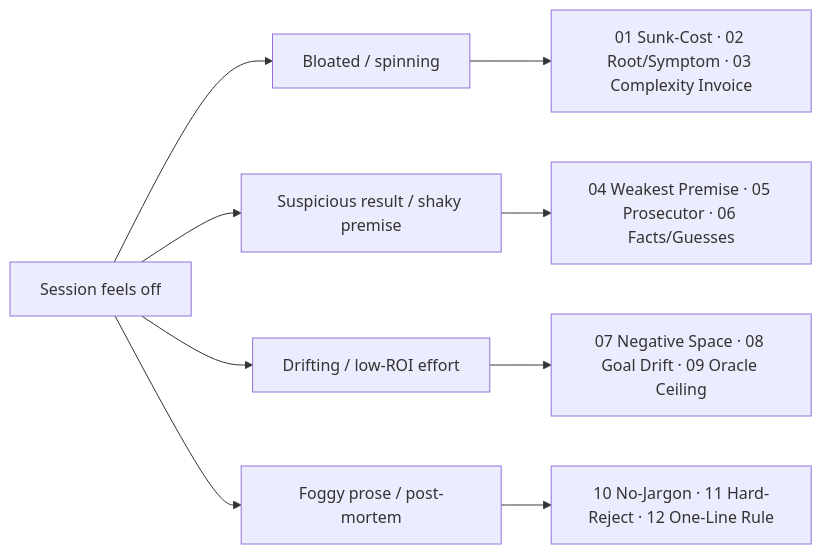
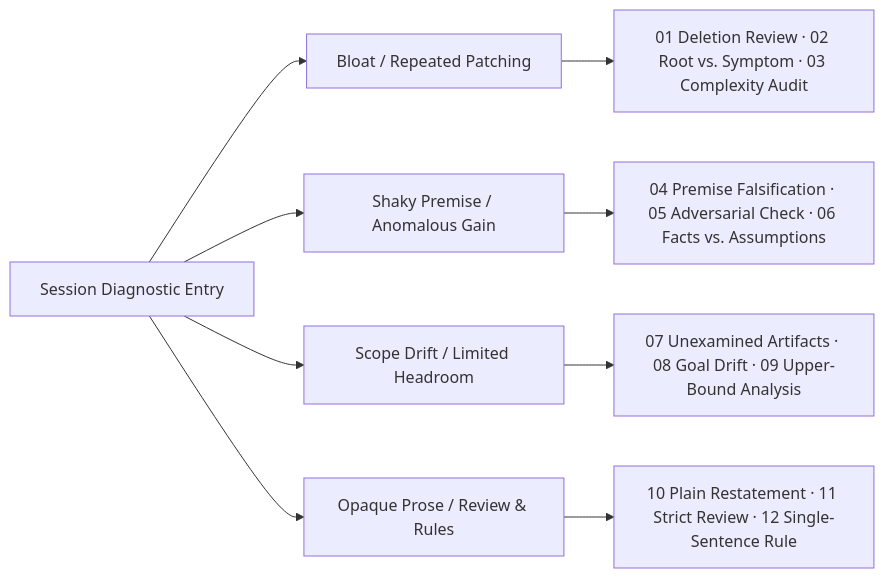
The diagram in README.en.md (Sh3wn/what-prompt-do-you-need), drawn with Mermaid before and after one commit. The commit also changed other lines of this file and 1 other file, not shown here.

````diff
--- a/README.en.md
+++ b/README.en.md
@@ -45,12 +45,12 @@
 ```mermaid
 flowchart LR
-    Q["Session feels off"] --> A["Bloated / spinning"]
-    Q --> B["Suspicious result / shaky premise"]
-    Q --> C["Drifting / low-ROI effort"]
-    Q --> D["Foggy prose / post-mortem"]
+    Q["Session Diagnostic Entry"] --> A["Bloat / Repeated Patching"]
+    Q --> B["Shaky Premise / Anomalous Gain"]
+    Q --> C["Scope Drift / Limited Headroom"]
+    Q --> D["Opaque Prose / Review & Rules"]
 
-    A --> A1["01 Sunk-Cost · 02 Root/Symptom · 03 Complexity Invoice"]
-    B --> B1["04 Weakest Premise · 05 Prosecutor · 06 Facts/Guesses"]
-    C --> C1["07 Negative Space · 08 Goal Drift · 09 Oracle Ceiling"]
-    D --> D1["10 No-Jargon · 11 Hard-Reject · 12 One-Line Rule"]
+    A --> A1["01 Deletion Review · 02 Root vs. Symptom · 03 Complexity Audit"]
+    B --> B1["04 Premise Falsification · 05 Adversarial Check · 06 Facts vs. Assumptions"]
+    C --> C1["07 Unexamined Artifacts · 08 Goal Drift · 09 Upper-Bound Analysis"]
+    D --> D1["10 Plain Restatement · 11 Strict Review · 12 Single-Sentence Rule"]
 ```
````
